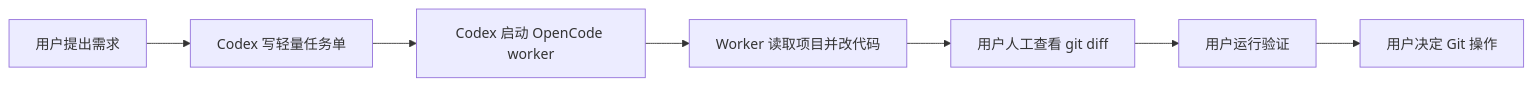
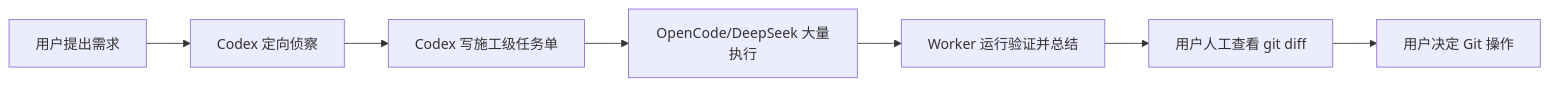
One commit to ysj98/Codex-OpenCode-Worker-Workflow changed the diagram in README.md. Above: the diagram before and after it, drawn with Mermaid. The commit also changed other lines of this file and 6 other files, not shown here.

Commit message:
feat: 现在 workflow 是“Codex 定向侦察 + 架构指导，OpenCode/DeepSeek 大量执行 + 验证”

````diff
--- a/README.md
+++ b/README.md
@@ -90,9 +90,9 @@
 ```mermaid
 flowchart LR
-  A["用户提出需求"] --> B["Codex 写轻量任务单"]
-  B --> C["Codex 启动 OpenCode worker"]
-  C --> D["Worker 读取项目并改代码"]
-  D --> E["用户人工查看 git diff"]
-  E --> F["用户运行验证"]
+  A["用户提出需求"] --> B["Codex 定向侦察"]
+  B --> C["Codex 写施工级任务单"]
+  C --> D["OpenCode/DeepSeek 大量执行"]
+  D --> E["Worker 运行验证并总结"]
+  E --> F["用户人工查看 git diff"]
   F --> G["用户决定 Git 操作"]
 ```
````
